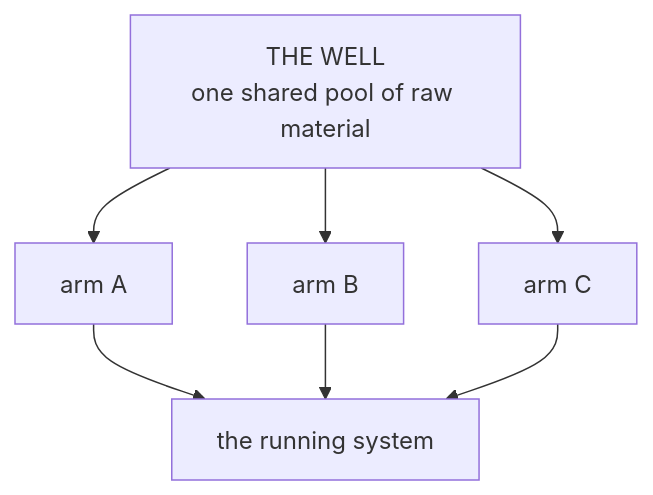
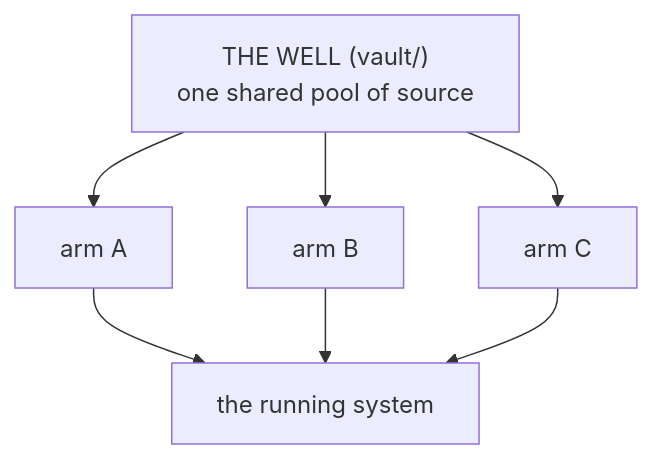
The diagram in README.md (BlueSkyGTM/deferred-context-architecture), drawn with Mermaid before and after one commit. The commit also changed other lines of this file, not shown here.

````diff
--- a/README.md
+++ b/README.md
@@ -40,10 +70,10 @@
 ```mermaid
 flowchart TD
-    W["THE WELL<br/>one shared pool of raw material"]
+    W["THE WELL (vault/)<br/>one shared pool of source"]
     W --> A["arm A"]
     W --> B["arm B"]
     W --> C["arm C"]
     A --> S["the running system"]
     B --> S
     C --> S
 ```
````
